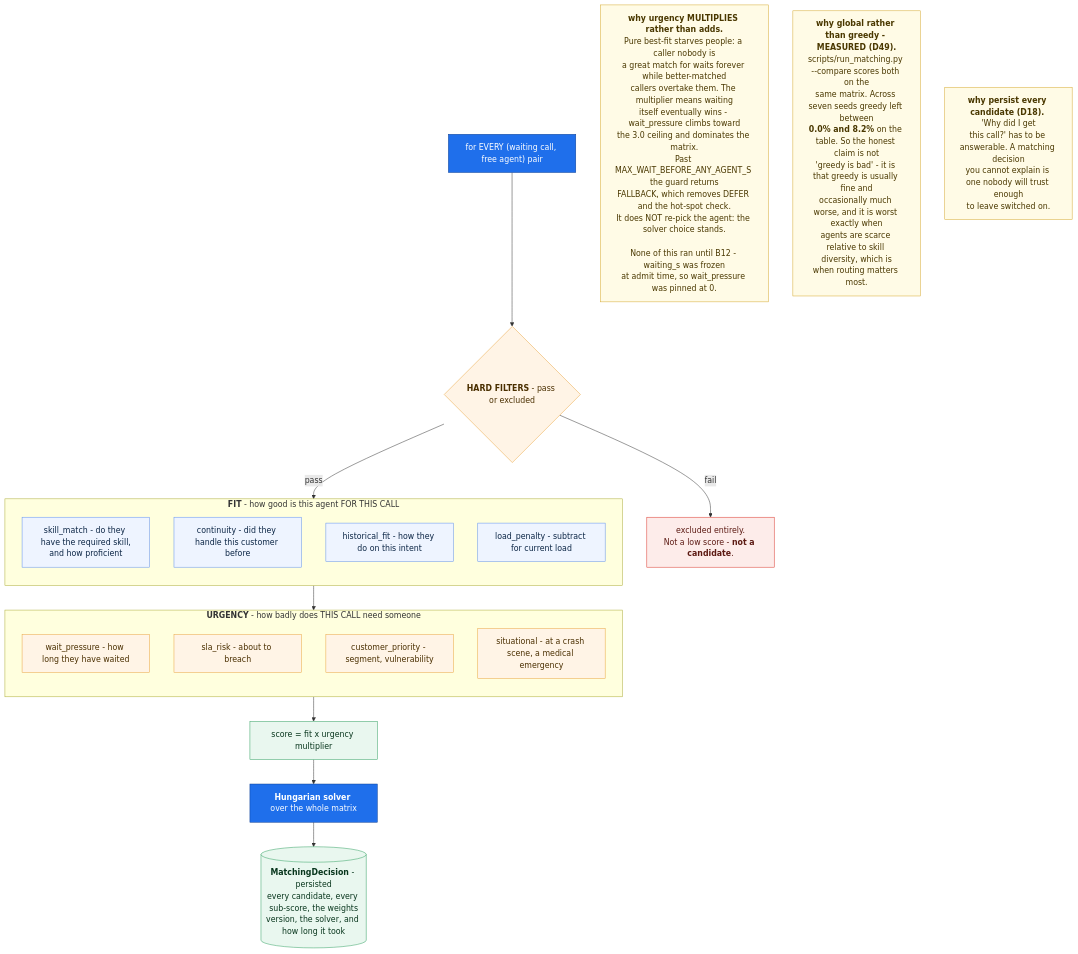
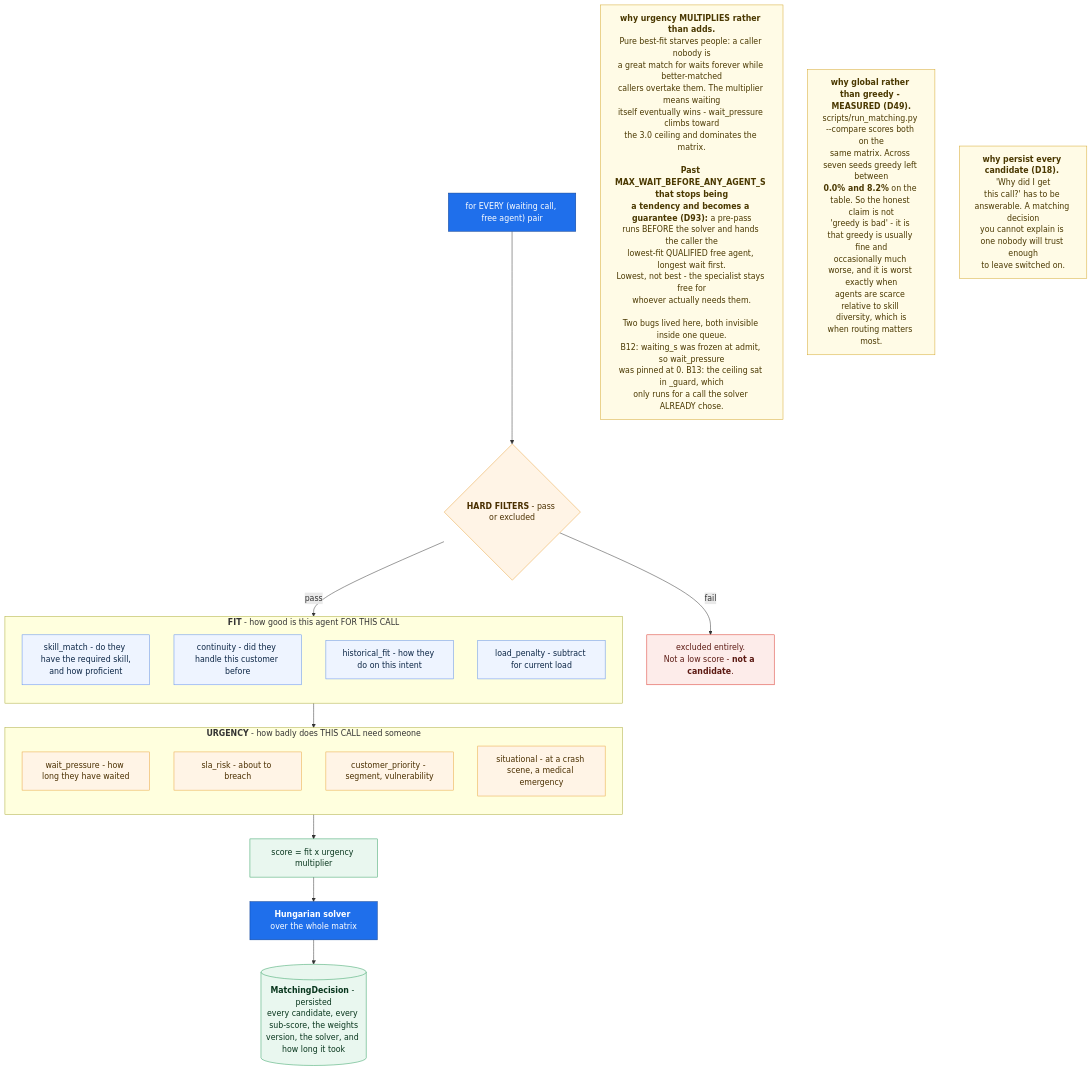
Before and after one commit to anakom-suvonvorn/Krungsri-ReadyCall: the diagram in docs/diagrams/src/matching_scoring.mmd, drawn with Mermaid. The commit also changed 27 other files, not shown here.

```diff
--- a/docs/diagrams/src/matching_scoring.mmd
+++ b/docs/diagrams/src/matching_scoring.mmd
@@ -1,44 +1,45 @@
-%% HANDWRITTEN. Checked against ARCHITECTURE.md S8 + D22 + D23 + B12 + FitBreakdown model
+%% HANDWRITTEN. Checked against ARCHITECTURE.md S8 + D22 + D23 + D93 + B12 + B13
+%% + the FitBreakdown model
 flowchart TB
     PAIR["for EVERY (waiting call, free agent) pair"]:::in
 
     PAIR --> HARD{"<b>HARD FILTERS</b> - pass or excluded"}:::gate
     HARD -- fail --> OUT["excluded entirely.<br/>Not a low score - <b>not a candidate</b>."]:::bad
     HARD -- pass --> FIT
 
     subgraph FIT["<b>FIT</b> - how good is this agent FOR THIS CALL"]
         direction TB
         F1["skill_match - do they have the required skill,<br/>and how proficient"]:::f
         F2["continuity - did they handle this customer before"]:::f
         F3["historical_fit - how they do on this intent"]:::f
         F4["load_penalty - subtract for current load"]:::f
     end
 
     FIT --> URG
     subgraph URG["<b>URGENCY</b> - how badly does THIS CALL need someone"]
         direction TB
         U1["wait_pressure - how long they have waited"]:::u
         U2["sla_risk - about to breach"]:::u
         U3["customer_priority - segment, vulnerability"]:::u
         U4["situational - at a crash scene, a medical emergency"]:::u
     end
 
     URG --> SCORE["score = fit x urgency multiplier"]:::score
     SCORE --> SOLVE["<b>Hungarian solver</b> over the whole matrix"]:::solve
     SOLVE --> DEC[("<b>MatchingDecision</b> - persisted<br/>every candidate, every sub-score, the weights<br/>version, the solver, and how long it took")]:::store
 
-    WHY1["<b>why urgency MULTIPLIES rather than adds.</b><br/>Pure best-fit starves people: a caller nobody is<br/>a great match for waits forever while better-matched<br/>callers overtake them. The multiplier means waiting<br/>itself eventually wins - wait_pressure climbs toward<br/>the 3.0 ceiling and dominates the matrix.<br/>Past MAX_WAIT_BEFORE_ANY_AGENT_S the guard returns<br/>FALLBACK, which removes DEFER and the hot-spot check.<br/>It does NOT re-pick the agent: the solver choice stands.<br/><br/>None of this ran until B12 - waiting_s was frozen<br/>at admit time, so wait_pressure was pinned at 0."]:::note
+    WHY1["<b>why urgency MULTIPLIES rather than adds.</b><br/>Pure best-fit starves people: a caller nobody is<br/>a great match for waits forever while better-matched<br/>callers overtake them. The multiplier means waiting<br/>itself eventually wins - wait_pressure climbs toward<br/>the 3.0 ceiling and dominates the matrix.<br/><br/><b>Past MAX_WAIT_BEFORE_ANY_AGENT_S that stops being<br/>a tendency and becomes a guarantee (D93):</b> a pre-pass<br/>runs BEFORE the solver and hands the caller the<br/>lowest-fit QUALIFIED free agent, longest wait first.<br/>Lowest, not best - the specialist stays free for<br/>whoever actually needs them.<br/><br/>Two bugs lived here, both invisible inside one queue.<br/>B12: waiting_s was frozen at admit, so wait_pressure<br/>was pinned at 0. B13: the ceiling sat in _guard, which<br/>only runs for a call the solver ALREADY chose."]:::note
 
     WHY2["<b>why global rather than greedy - MEASURED (D49).</b><br/>scripts/run_matching.py --compare scores both on the<br/>same matrix. Across seven seeds greedy left between<br/><b>0.0% and 8.2%</b> on the table. So the honest claim is not<br/>'greedy is bad' - it is that greedy is usually fine and<br/>occasionally much worse, and it is worst exactly when<br/>agents are scarce relative to skill diversity, which is<br/>when routing matters most."]:::note
 
     WHY3["<b>why persist every candidate (D18).</b> 'Why did I get<br/>this call?' has to be answerable. A matching decision<br/>you cannot explain is one nobody will trust enough<br/>to leave switched on."]:::note
 
     classDef in fill:#1f6feb,stroke:#0b3d91,color:#fff
     classDef gate fill:#fff4e6,stroke:#e8a33d,color:#4a2f00
     classDef bad fill:#fdecea,stroke:#d93025,color:#5c1a13
     classDef f fill:#eef4ff,stroke:#5b8def,color:#0b2545
     classDef u fill:#fff4e6,stroke:#e8a33d,color:#4a2f00
     classDef score fill:#e9f7ef,stroke:#2f9e5f,color:#08361d
     classDef solve fill:#1f6feb,stroke:#0b3d91,color:#fff
     classDef store fill:#e9f7ef,stroke:#2f9e5f,color:#08361d
     classDef note fill:#fffbe6,stroke:#d4a72c,color:#4a3800
```
